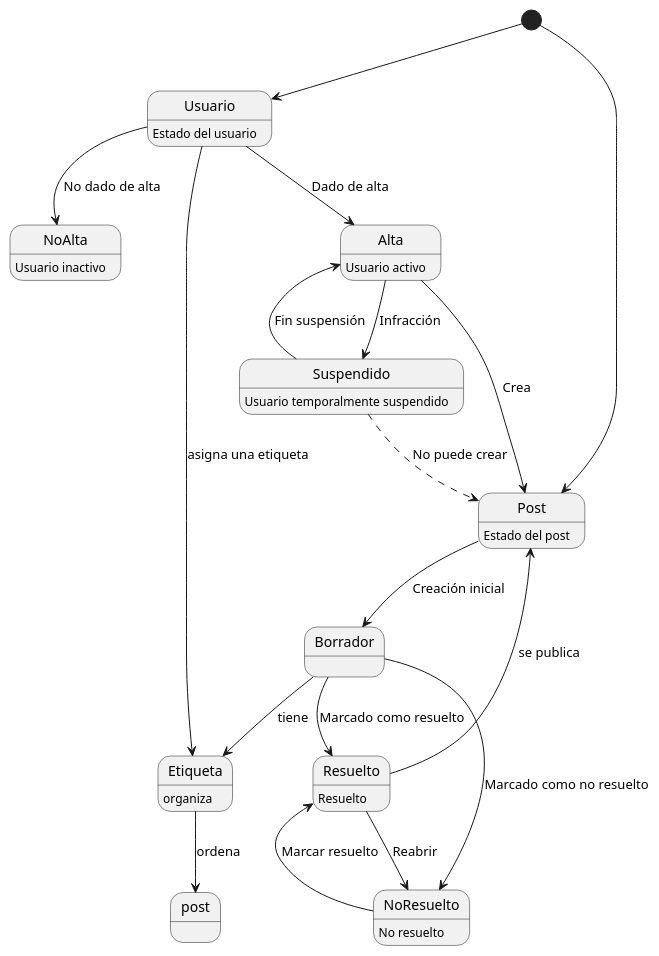
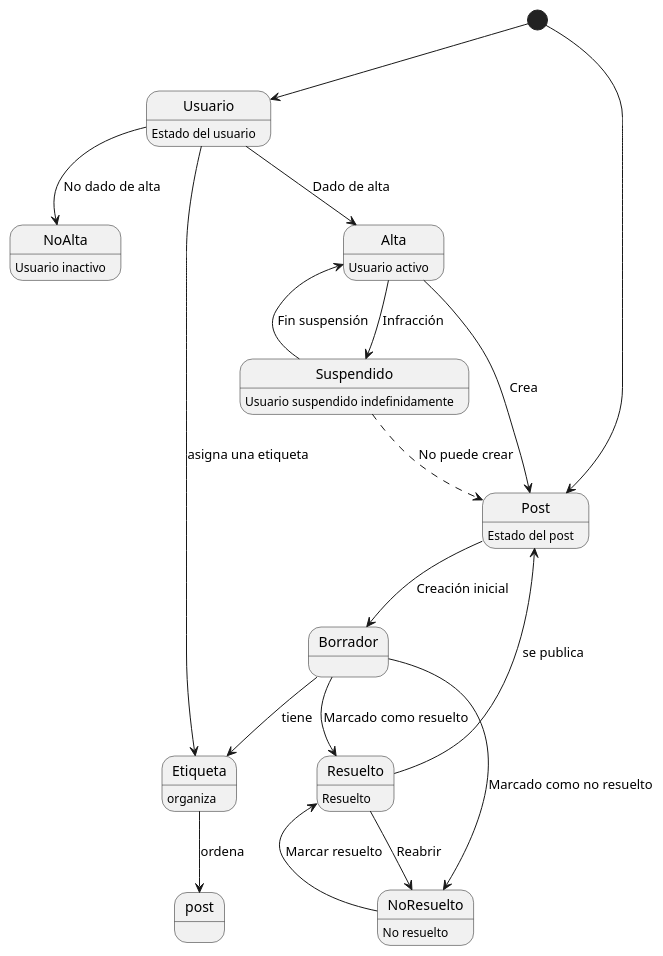
The diagram in modelosUML - Codigo/3ª_Iteración/Diagramas_estados_concretos/Diagrama_estado_final.puml (mmasias/24-25-IdSw1-SDR), drawn with PlantUML before and after one commit.

Commit message:
Wording again

```diff
--- a/modelosUML - Codigo/3ª_Iteración/Diagramas_estados_concretos/Diagrama_estado_final.puml
+++ b/modelosUML - Codigo/3ª_Iteración/Diagramas_estados_concretos/Diagrama_estado_final.puml
@@ -1,28 +1,28 @@
 @startuml
 [*] --> Usuario
 Usuario : Estado del usuario
 Usuario --> Alta : Dado de alta
 Usuario --> NoAlta : No dado de alta
 Alta : Usuario activo
 NoAlta : Usuario inactivo
 Alta --> Suspendido : Infracción
 Suspendido --> Alta : Fin suspensión
-Suspendido : Usuario temporalmente suspendido
+Suspendido : Usuario suspendido indefinidamente
 Usuario--> Etiqueta : asigna una etiqueta
 Etiqueta --> post : ordena
 Etiqueta : organiza
 
 [*] --> Post
 Alta --> Post: Crea
 Suspendido -[dashed]-> Post: No puede crear
 Post : Estado del post
 Post --> Borrador : Creación inicial
 Borrador --> Etiqueta : tiene
 Borrador --> Resuelto : Marcado como resuelto
 Borrador --> NoResuelto : Marcado como no resuelto
 Resuelto --> Post : se publica
 Resuelto : Resuelto
 NoResuelto : No resuelto
 NoResuelto --> Resuelto : Marcar resuelto
 Resuelto --> NoResuelto : Reabrir
 @enduml
```
